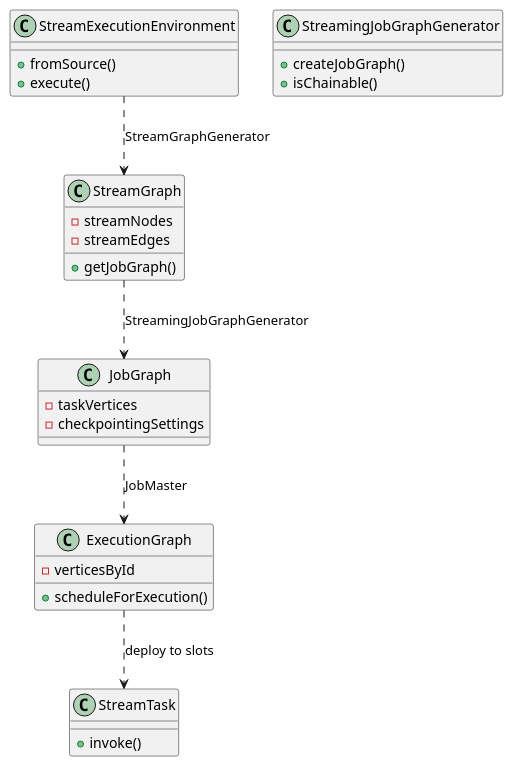
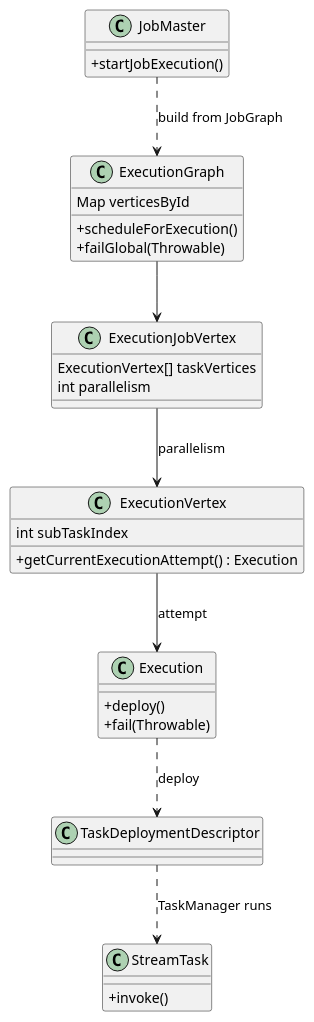
Before and after one commit to kevinwang930/kevinwang930.github.io: the fourth of 6 diagrams in content/post/data/stream/flink/index.md, drawn with PlantUML. The commit also changed other lines of this file and 3 other files, not shown here.

````diff
--- a/content/post/data/stream/flink/index.md
+++ b/content/post/data/stream/flink/index.md
@@ -65,38 +382,42 @@
 ```plantuml
 @startuml
-class StreamExecutionEnvironment {
-  +fromSource()
-  +execute()
-}
+skinparam classAttributeIconSize 0
 
-class StreamGraph {
-  -streamNodes
-  -streamEdges
-  +getJobGraph()
-}
-
-class StreamingJobGraphGenerator {
-  +createJobGraph()
-  +isChainable()
-}
-
-class JobGraph {
-  -taskVertices
-  -checkpointingSettings
+class JobMaster {
+  + startJobExecution()
 }
 
 class ExecutionGraph {
-  -verticesById
-  +scheduleForExecution()
+  Map verticesById
+  + scheduleForExecution()
+  + failGlobal(Throwable)
 }
 
-class StreamTask {
-  +invoke()
+class ExecutionJobVertex {
+  ExecutionVertex[] taskVertices
+  int parallelism
 }
 
-StreamExecutionEnvironment ..> StreamGraph : StreamGraphGenerator
-StreamGraph ..> JobGraph : StreamingJobGraphGenerator
-JobGraph ..> ExecutionGraph : JobMaster
-ExecutionGraph ..> StreamTask : deploy to slots
+class ExecutionVertex {
+  int subTaskIndex
+  + getCurrentExecutionAttempt() : Execution
+}
+
+class Execution {
+  + deploy()
+  + fail(Throwable)
+}
+
+class TaskDeploymentDescriptor
+class StreamTask {
+  + invoke()
+}
+
+JobMaster ..> ExecutionGraph : build from JobGraph
+ExecutionGraph --> ExecutionJobVertex
+ExecutionJobVertex --> ExecutionVertex : parallelism
+ExecutionVertex --> Execution : attempt
+Execution ..> TaskDeploymentDescriptor : deploy
+TaskDeploymentDescriptor ..> StreamTask : TaskManager runs
 @enduml
 ```
````
